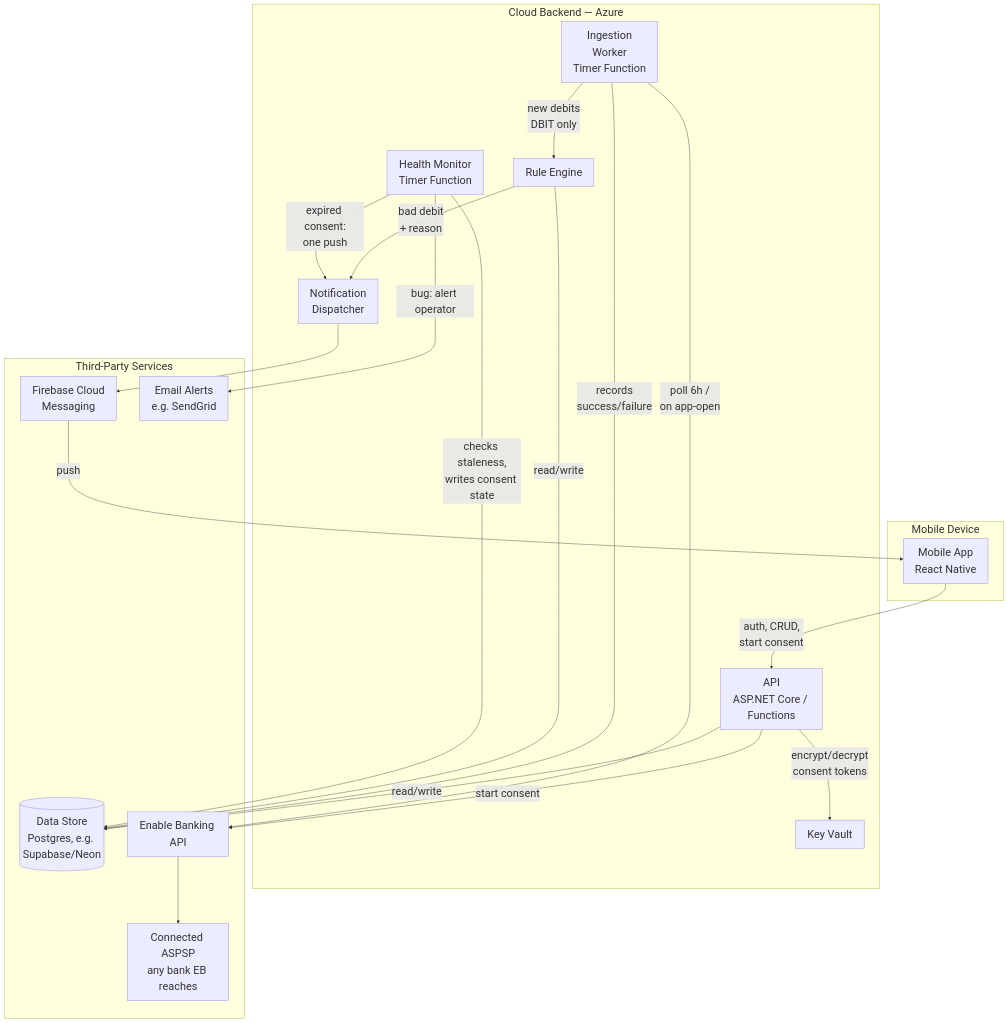
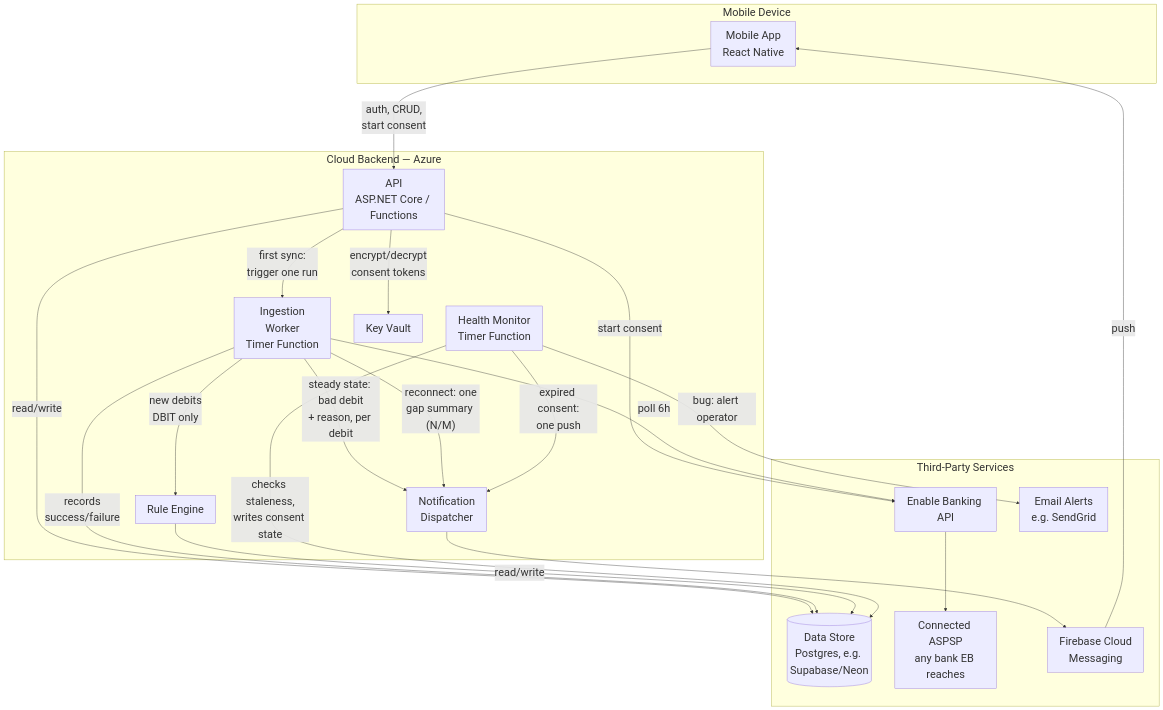
Before and after one commit to adrachnev/greedy-nose: the diagram in ARCHITECTURE.md, drawn with Mermaid. The commit also changed other lines of this file and 1 other file, not shown here.

````diff
--- a/ARCHITECTURE.md
+++ b/ARCHITECTURE.md
@@ -10,58 +10,61 @@
 ```mermaid
 %%{init: {'themeVariables': {'fontSize': '28px'}, 'flowchart': {'nodeSpacing': 60, 'rankSpacing': 90}}}%%
 flowchart TB
     subgraph Mobile["Mobile Device"]
         App["Mobile App
 React Native"]
     end
 
     subgraph Backend["Cloud Backend — Azure"]
         API["API
 ASP.NET Core / Functions"]
         Ingest["Ingestion
 Worker
 Timer Function"]
         Health["Health Monitor
 Timer Function"]
         Rules["Rule Engine"]
         Notify["Notification
 Dispatcher"]
         KV["Key Vault"]
     end
 
     subgraph ThirdParty["Third-Party Services"]
         DB[("Data Store
 Postgres, e.g. Supabase/Neon")]
         EB["Enable Banking API"]
         Bank["Connected ASPSP
 any bank EB reaches"]
         FCM["Firebase Cloud
 Messaging"]
         Email["Email Alerts
 e.g. SendGrid"]
     end
 
     App -- "auth, CRUD,
 start consent" --> API
     API -- "read/write" --> DB
     API -- "encrypt/decrypt
 consent tokens" --> KV
     API -- "start consent" --> EB
-    Ingest -- "poll 6h /
-on app-open" --> EB
+    Ingest -- "poll 6h" --> EB
+    API -- "first sync:
+trigger one run" --> Ingest
     EB --> Bank
     Ingest -- "new debits
 DBIT only" --> Rules
     Ingest -- "records
 success/failure" --> DB
     Rules -- "read/write" --> DB
-    Rules -- "bad debit
-+ reason" --> Notify
+    Ingest -- "steady state: bad debit
++ reason, per debit" --> Notify
+    Ingest -- "reconnect: one
+gap summary (N/M)" --> Notify
     Notify --> FCM
     FCM -- push --> App
     Health -- "checks staleness,
 writes consent state" --> DB
     Health -- "bug: alert operator" --> Email
     Health -- "expired consent:
 one push" --> Notify
 ```
````
